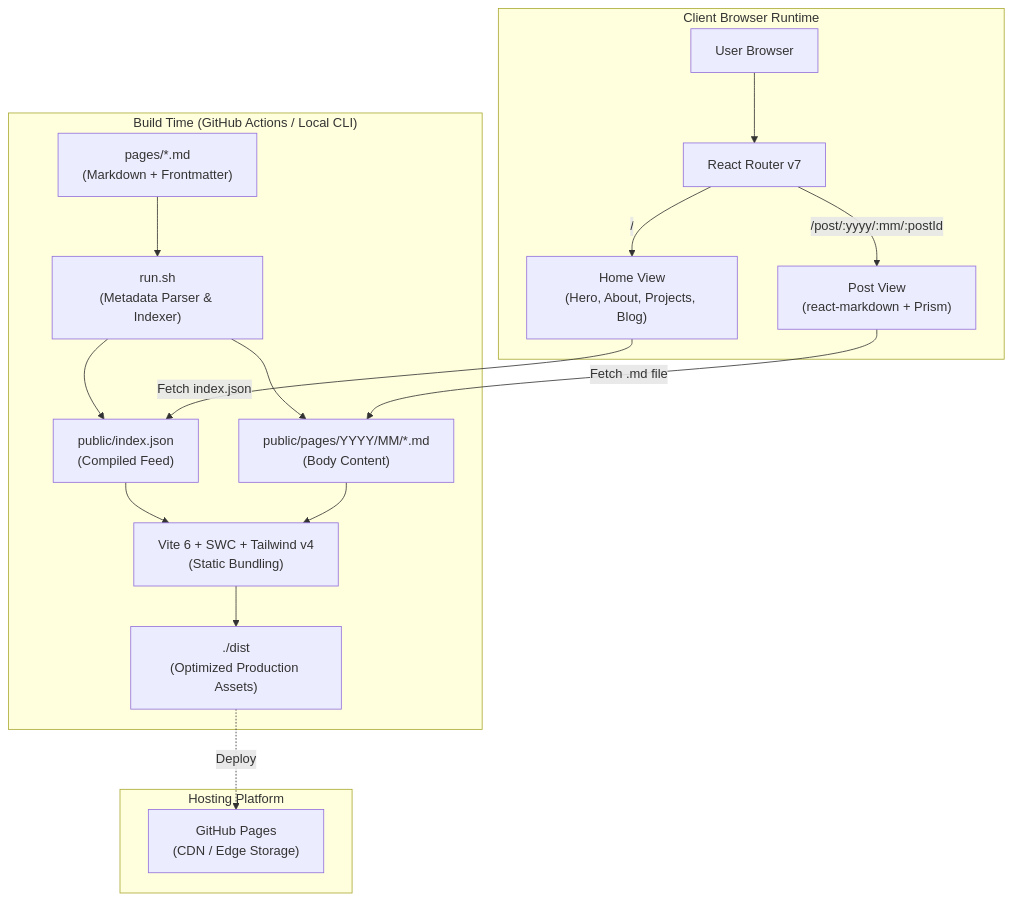
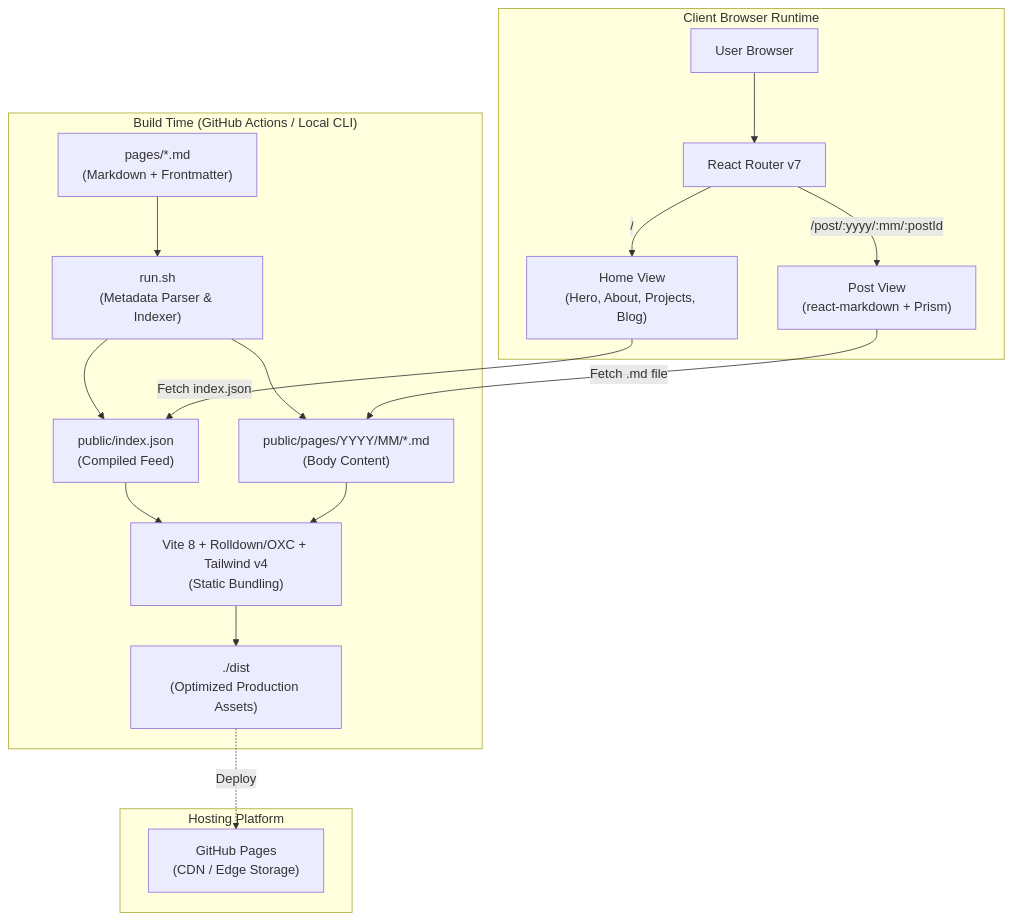
The diagram in .context/ARCHITECTURE.md (KAnggara75/KAnggara75.github.io), drawn with Mermaid before and after one commit. The commit also changed other lines of this file and 9 other files, not shown here.

````diff
--- a/.context/ARCHITECTURE.md
+++ b/.context/ARCHITECTURE.md
@@ -11,36 +11,36 @@
 ```mermaid
 graph TD
     subgraph BuildTime ["Build Time (GitHub Actions / Local CLI)"]
         RawPages["pages/*.md<br/>(Markdown + Frontmatter)"]
         RunSh["run.sh<br/>(Metadata Parser & Indexer)"]
         IndexJSON["public/index.json<br/>(Compiled Feed)"]
         PublicPages["public/pages/YYYY/MM/*.md<br/>(Body Content)"]
-        ViteBuild["Vite 6 + SWC + Tailwind v4<br/>(Static Bundling)"]
+        ViteBuild["Vite 8 + Rolldown/OXC + Tailwind v4<br/>(Static Bundling)"]
         DistFolder["./dist<br/>(Optimized Production Assets)"]
 
         RawPages --> RunSh
         RunSh --> IndexJSON
         RunSh --> PublicPages
         IndexJSON --> ViteBuild
         PublicPages --> ViteBuild
         ViteBuild --> DistFolder
     end
 
     subgraph ClientBrowser ["Client Browser Runtime"]
         Browser["User Browser"]
         Router["React Router v7"]
         HomePage["Home View<br/>(Hero, About, Projects, Blog)"]
         PostPage["Post View<br/>(react-markdown + Prism)"]
 
         Browser --> Router
         Router -->|/| HomePage
         Router -->|/post/:yyyy/:mm/:postId| PostPage
         HomePage -->|Fetch index.json| IndexJSON
         PostPage -->|Fetch .md file| PublicPages
     end
 
     subgraph Hosting ["Hosting Platform"]
         GH["GitHub Pages<br/>(CDN / Edge Storage)"]
         DistFolder -.->|Deploy| GH
     end
 ```
````
